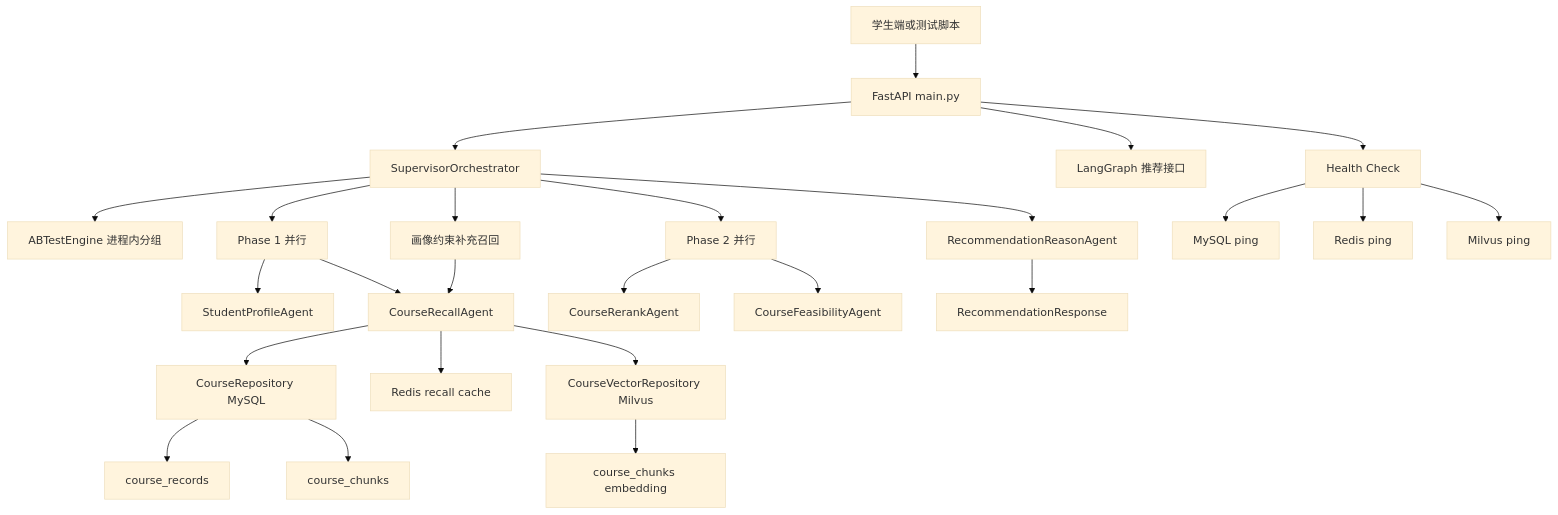
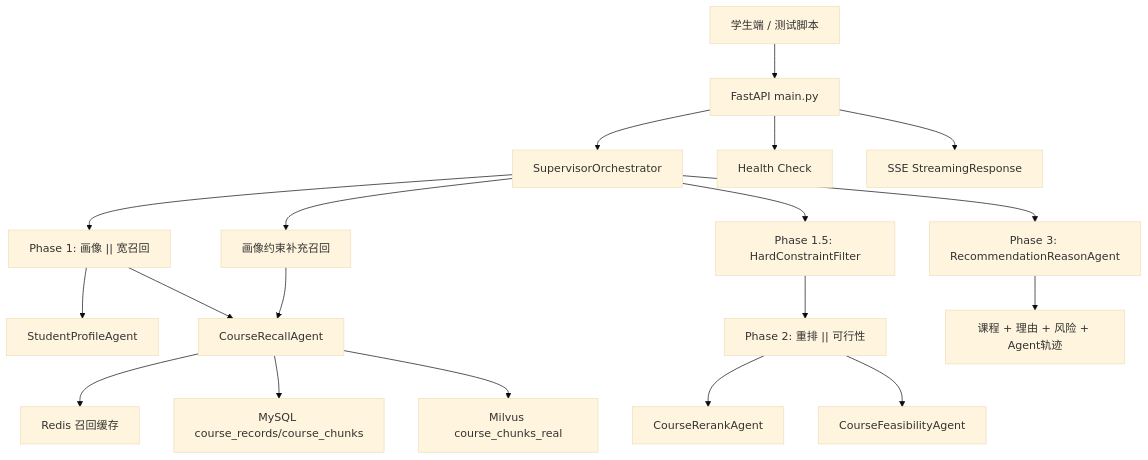
The first of 2 diagrams in docs/architecture.md (UNCEIR/multi-agent-course-system), drawn with Mermaid (base theme) before and after one commit. The commit also changed other lines of this file and 9 other files, not shown here.

````diff
--- a/docs/architecture.md
+++ b/docs/architecture.md
@@ -27,33 +26,26 @@
 ```mermaid
 flowchart TD
-    client["学生端或测试脚本"] --> fastapi["FastAPI main.py"]
-    fastapi --> supervisor["SupervisorOrchestrator"]
-    fastapi --> graphApi["LangGraph 推荐接口"]
-    fastapi --> health["Health Check"]
+    client["学生端 / 测试脚本"] --> api["FastAPI main.py"]
+    api --> supervisor["SupervisorOrchestrator"]
+    api --> health["Health Check"]
+    api --> stream["SSE StreamingResponse"]
 
-    supervisor --> abTest["ABTestEngine 进程内分组"]
-    supervisor --> phase1["Phase 1 并行"]
-    phase1 --> studentProfile["StudentProfileAgent"]
-    phase1 --> courseRecall["CourseRecallAgent"]
+    supervisor --> phase1["Phase 1: 画像 || 宽召回"]
+    phase1 --> profile["StudentProfileAgent"]
+    phase1 --> recall["CourseRecallAgent"]
 
-    courseRecall --> courseRepo["CourseRepository MySQL"]
-    courseRecall --> recallCache["Redis recall cache"]
-    courseRecall --> vectorRepo["CourseVectorRepository Milvus"]
-    courseRepo --> courseRecords["course_records"]
-    courseRepo --> courseChunks["course_chunks"]
-    vectorRepo --> vectorCollection["course_chunks embedding"]
+    recall --> redis["Redis 召回缓存"]
+    recall --> mysql["MySQL course_records/course_chunks"]
+    recall --> milvus["Milvus course_chunks_real"]
 
-    supervisor --> refinedRecall["画像约束补充召回"]
-    refinedRecall --> courseRecall
+    supervisor --> refined["画像约束补充召回"]
+    refined --> recall
 
-    supervisor --> phase2["Phase 2 并行"]
+    supervisor --> hard["Phase 1.5: HardConstraintFilter"]
+    hard --> phase2["Phase 2: 重排 || 可行性"]
     phase2 --> rerank["CourseRerankAgent"]
     phase2 --> feasibility["CourseFeasibilityAgent"]
 
-    supervisor --> reason["RecommendationReasonAgent"]
-    reason --> response["RecommendationResponse"]
-
-    health --> mysqlPing["MySQL ping"]
-    health --> redisPing["Redis ping"]
-    health --> milvusPing["Milvus ping"]
+    supervisor --> reason["Phase 3: RecommendationReasonAgent"]
+    reason --> response["课程 + 理由 + 风险 + Agent轨迹"]
 ```
````
